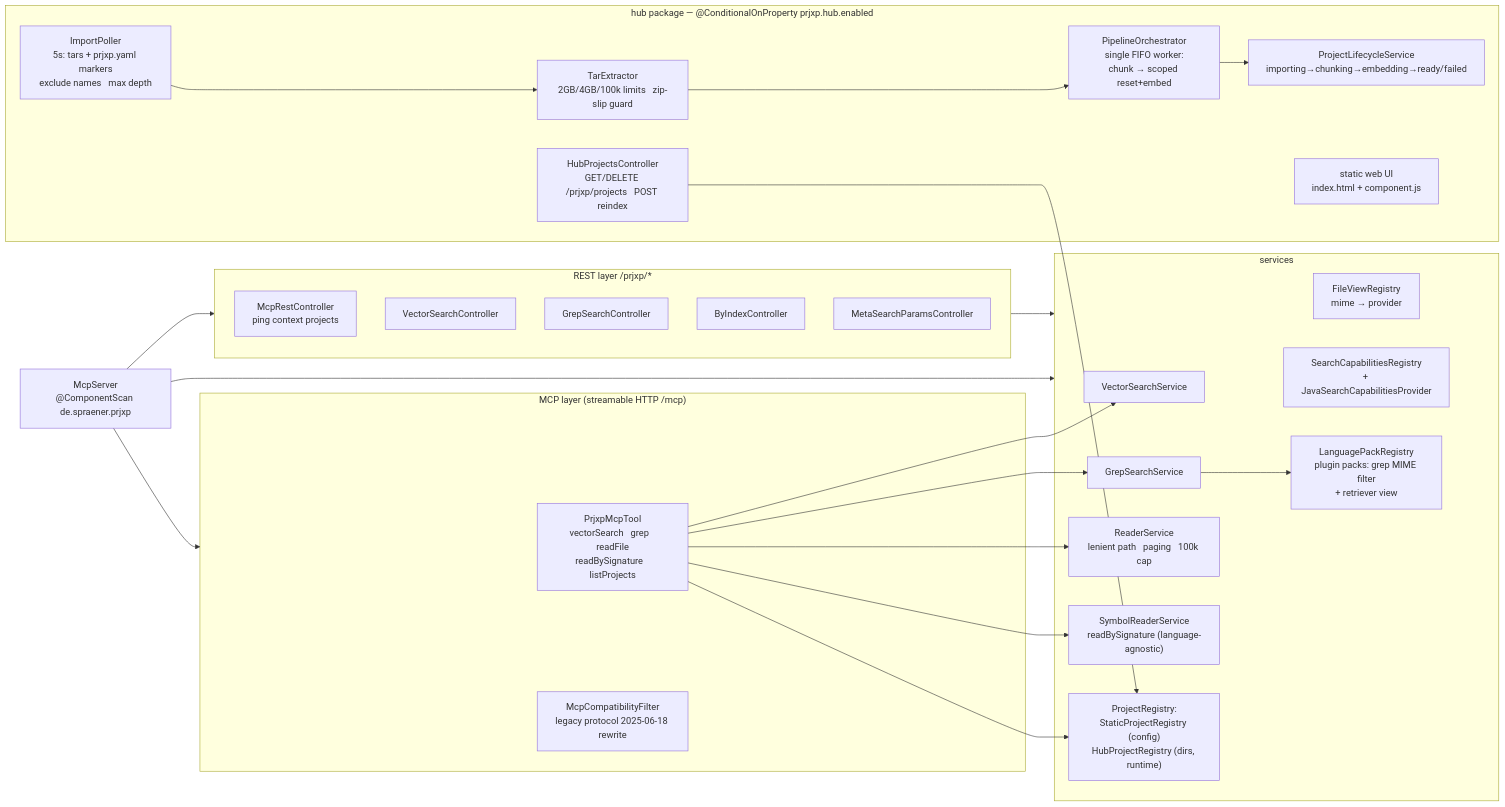
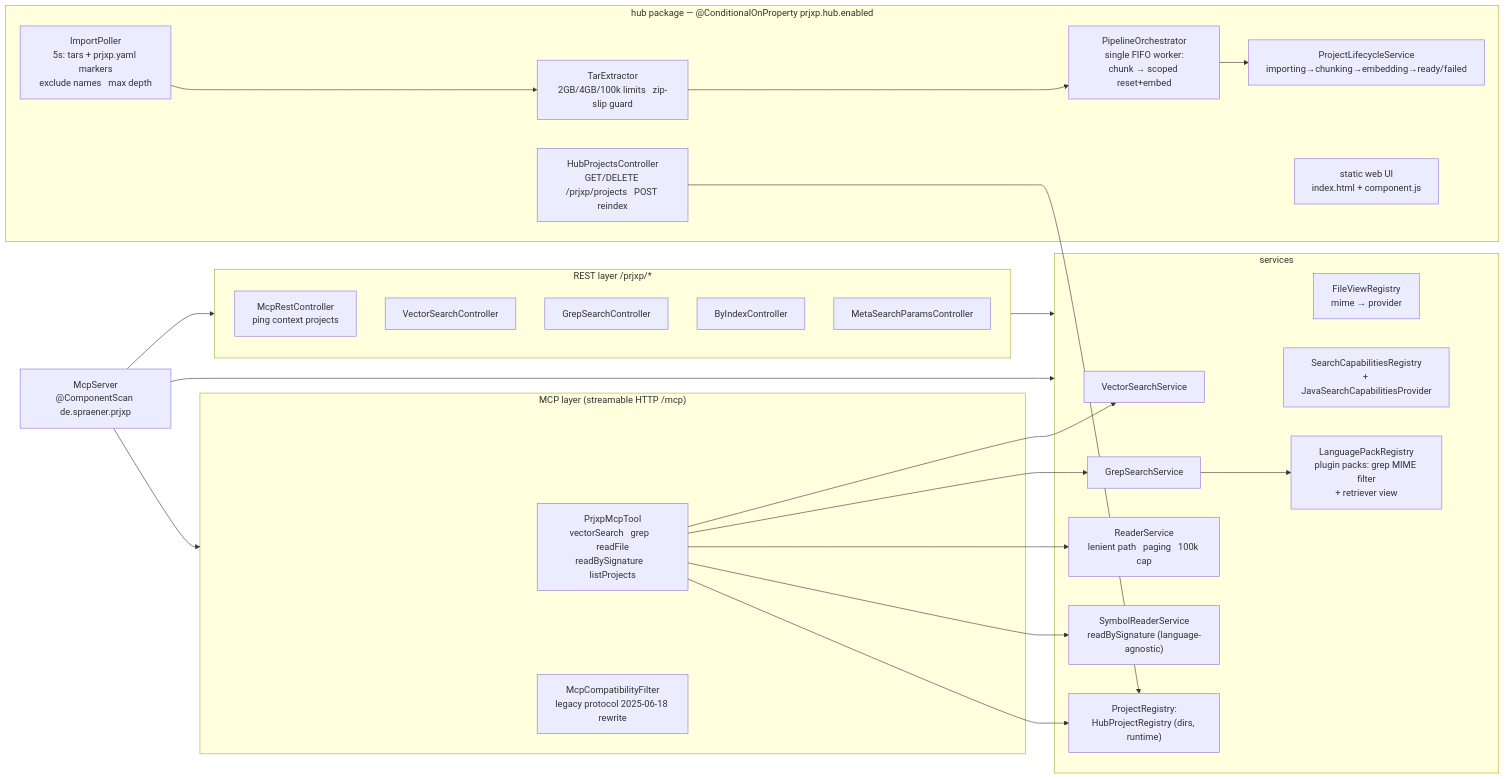
One commit to carstenSpraener/prjxp changed the seventh of 8 diagrams in doc/arc42/05_building_block_view.md. Above: the diagram before and after it, drawn with Mermaid. The commit also changed other lines of this file and 20 other files, not shown here.

````diff
--- a/doc/arc42/05_building_block_view.md
+++ b/doc/arc42/05_building_block_view.md
@@ -262,42 +262,42 @@
 ```mermaid
 flowchart LR
     MAIN["McpServer<br/>@ComponentScan de.spraener.prjxp"]
     subgraph mcp ["MCP layer (streamable HTTP /mcp)"]
         TOOL["PrjxpMcpTool<br/>vectorSearch   grep   readFile<br/>readBySignature   listProjects"]
         COMPAT["McpCompatibilityFilter<br/>legacy protocol 2025-06-18 rewrite"]
     end
     subgraph rest ["REST layer /prjxp/*"]
         RC["McpRestController<br/>ping   context   projects"]
         VSC["VectorSearchController"]
         GC["GrepSearchController"]
         BC["ByIndexController"]
         MSC["MetaSearchParamsController"]
     end
     subgraph core ["services"]
         VSS["VectorSearchService"]
         GSS["GrepSearchService"]
         RS["ReaderService<br/>lenient path   paging   100k cap"]
         SRS["SymbolReaderService<br/>readBySignature (language-agnostic)"]
         FVR["FileViewRegistry<br/>mime → provider"]
-        REG["ProjectRegistry:<br/>StaticProjectRegistry (config)<br/>HubProjectRegistry (dirs, runtime)"]
+        REG["ProjectRegistry:<br/>HubProjectRegistry (dirs, runtime)"]
         SCR2["SearchCapabilitiesRegistry<br/>+ JavaSearchCapabilitiesProvider"]
         LPR2["LanguagePackRegistry<br/>plugin packs: grep MIME filter<br/>+ retriever view"]
     end
     subgraph hub ["hub package — @ConditionalOnProperty prjxp.hub.enabled"]
         POLL["ImportPoller<br/>5s: tars + prjxp.yaml markers<br/>exclude names   max depth"]
         TAR["TarExtractor<br/>2GB/4GB/100k limits   zip-slip guard"]
         ORCH["PipelineOrchestrator<br/>single FIFO worker:<br/>chunk → scoped reset+embed"]
         LIFE["ProjectLifecycleService<br/>importing→chunking→embedding→ready/failed"]
         HPC["HubProjectsController<br/>GET/DELETE /prjxp/projects   POST reindex"]
         UI["static web UI<br/>index.html + component.js"]
     end
 
     MAIN --> mcp & rest & core
     TOOL --> VSS & GSS & RS & SRS & REG
     GSS --> LPR2
     rest --> core
     hub --> ORCH
     POLL --> TAR --> ORCH
     ORCH --> LIFE
     HPC --> REG
 ```
````
